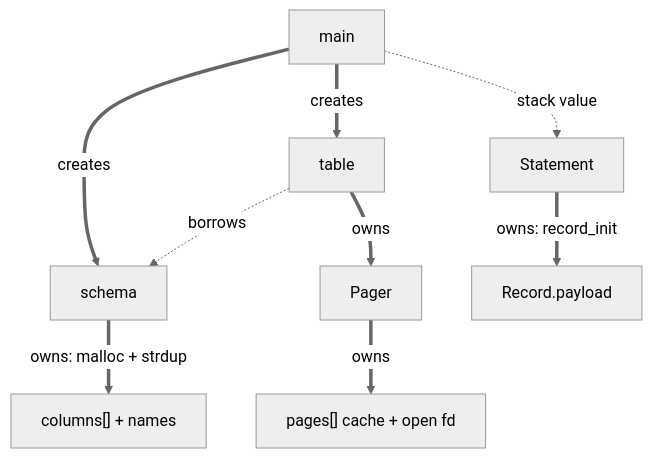
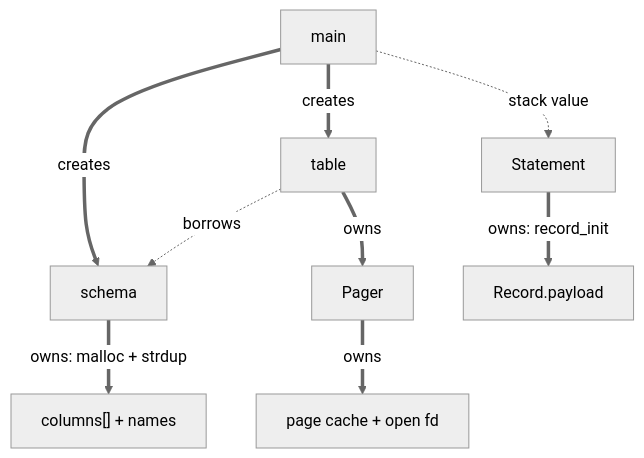
One commit to Rohitangshu2026/mini-sql changed diagram 13 of 16 in README.md. Above: the diagram before and after it, drawn with Mermaid (neutral theme). The commit also changed other lines of this file, not shown here.

````diff
--- a/README.md
+++ b/README.md
@@ -506,12 +669,12 @@
 ```mermaid
 flowchart TD
     main ==>|creates| schema
     main ==>|creates| table
     main -.->|stack value| stmt["Statement"]
 
     schema ==>|owns: malloc + strdup| cols["columns[] + names"]
     table ==>|owns| pager["Pager"]
-    pager ==>|owns| pagesfd["pages[] cache + open fd"]
+    pager ==>|owns| pagesfd["page cache + open fd"]
     table -.->|borrows| schema
     stmt ==>|owns: record_init| payload["Record.payload"]
 ```
````
